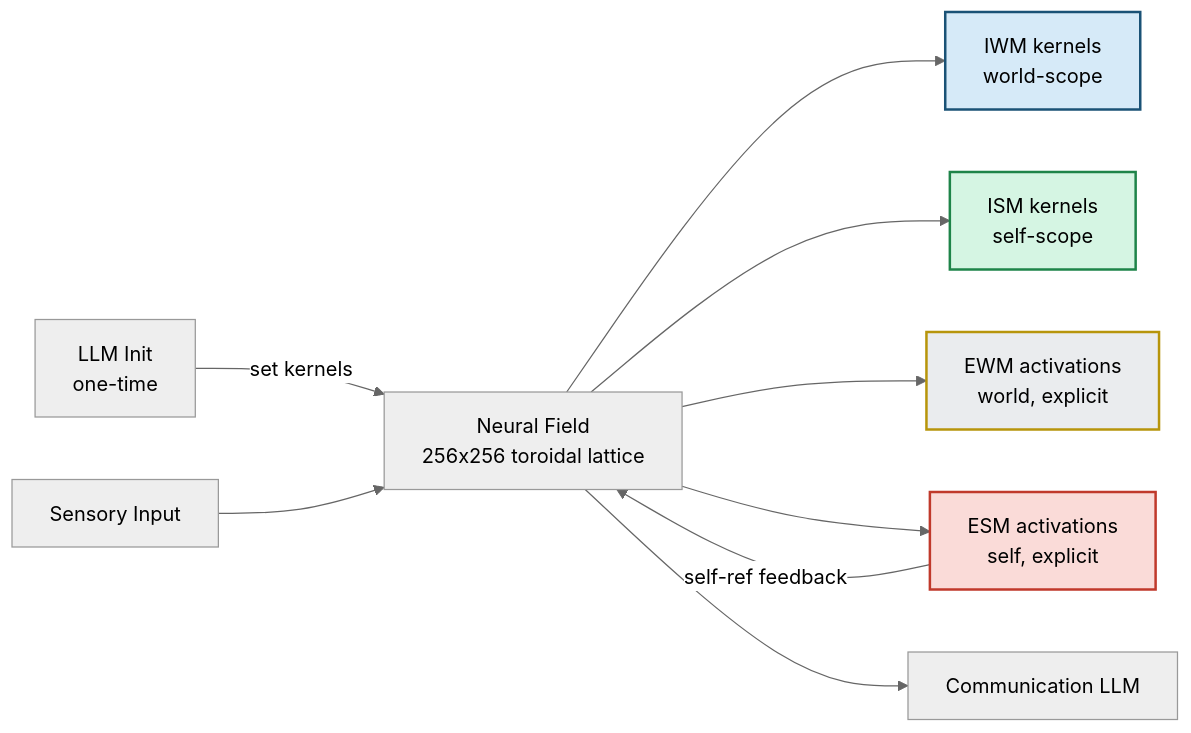
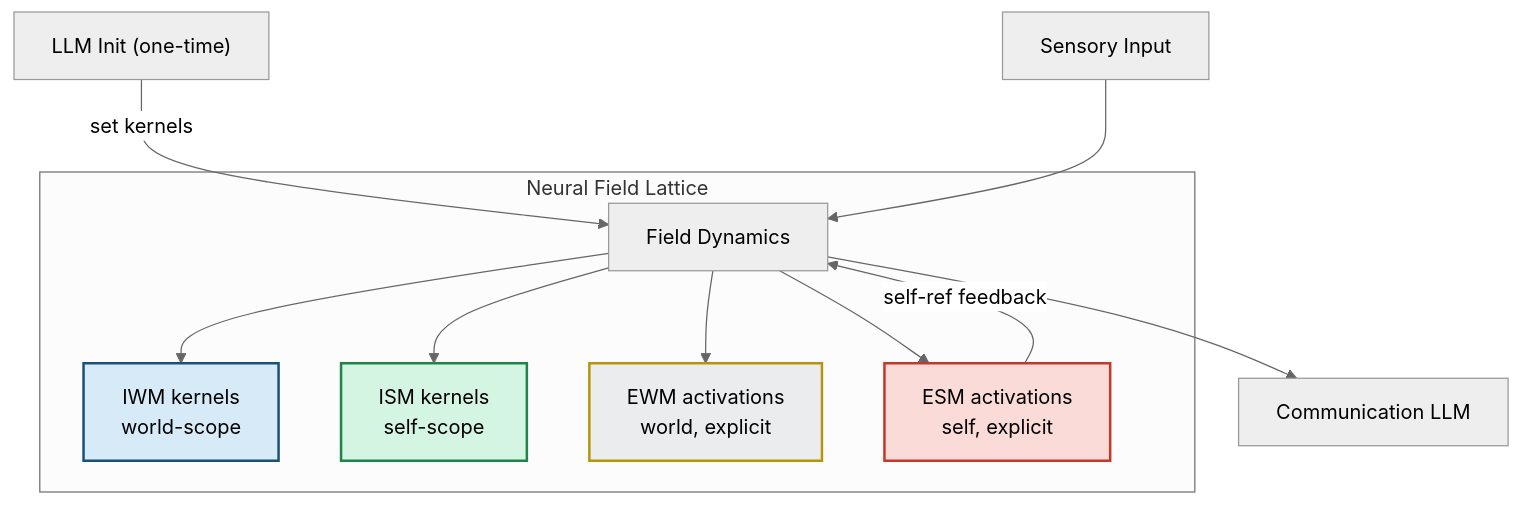
The diagram in docs/engineering/designs/pdf/mmd/design-14-simple.mmd (JeltzProstetnic/aIware), drawn with Mermaid (neutral theme) before and after one commit. The commit also changed 52 other files, not shown here.

First line of the commit message:
Session 129: AIW-15 diagram redesign (all 16 AC designs)

```diff
--- a/docs/engineering/designs/pdf/mmd/design-14-simple.mmd
+++ b/docs/engineering/designs/pdf/mmd/design-14-simple.mmd
@@ -1,13 +1,20 @@
-graph LR
-    INIT[LLM Init<br/>one-time] -->|set kernels| FIELD[Neural Field<br/>256x256 toroidal lattice]
+graph TD
+    INIT["LLM Init (one-time)"] -->|set kernels| FIELD
     SENS[Sensory Input] --> FIELD
-    FIELD --> IWM[IWM kernels<br/>world-scope]
-    FIELD --> ISM[ISM kernels<br/>self-scope]
-    FIELD --> EWM[EWM activations<br/>world, explicit]
-    FIELD --> ESM[ESM activations<br/>self, explicit]
+    subgraph SUBSTRATE["Neural Field Lattice"]
+        FIELD["Field Dynamics"]
+        IWM["IWM kernels<br/>world-scope"]
+        ISM["ISM kernels<br/>self-scope"]
+        EWM["EWM activations<br/>world, explicit"]
+        ESM["ESM activations<br/>self, explicit"]
+    end
+    FIELD --> IWM
+    FIELD --> ISM
+    FIELD --> EWM
+    FIELD --> ESM
     ESM -->|self-ref feedback| FIELD
     FIELD --> COMM[Communication LLM]
     style IWM fill:#D6EAF8,stroke:#1A5276,stroke-width:2px
     style ISM fill:#D5F5E3,stroke:#1E8449,stroke-width:2px
     style EWM fill:#EAECEE,stroke:#B7950B,stroke-width:2px
     style ESM fill:#FADBD8,stroke:#C0392B,stroke-width:2px
```
